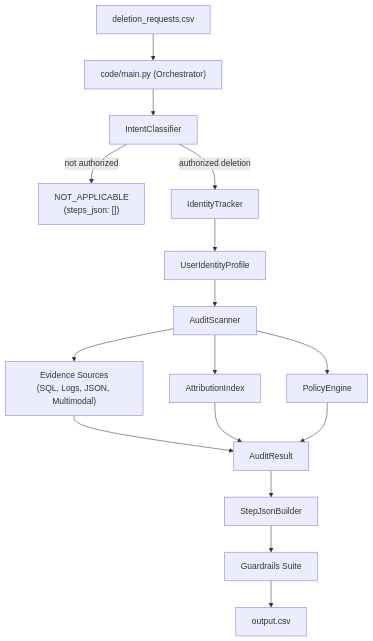
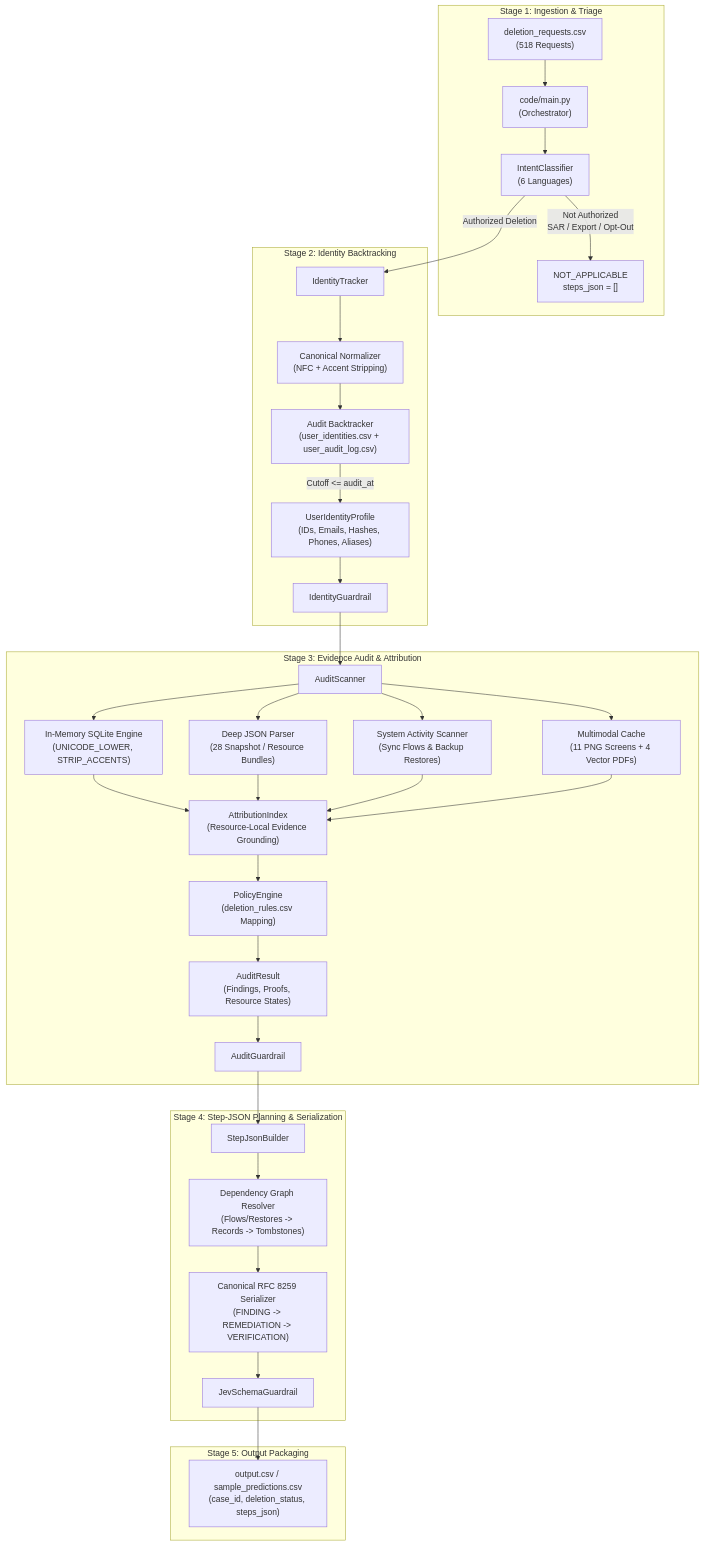
One commit to akshitgog/hackerrank-orchestrate changed the second of 2 diagrams in code/doc/architecture.md. Above: the diagram before and after it, drawn with Mermaid. The commit also changed 1 other file, not shown here.

Commit message:
docs: remove implementation plan section 2 from code/README.md and align architecture diagram with code/doc/architecture.md

````diff
--- a/code/doc/architecture.md
+++ b/code/doc/architecture.md
@@ -23,18 +23,42 @@
 ```mermaid
 flowchart TD
-    R["deletion_requests.csv"] --> M["code/main.py (Orchestrator)"]
-    M --> I["IntentClassifier"]
-    I -->|not authorized| NA["NOT_APPLICABLE<br/>(steps_json: [])"]
-    I -->|authorized deletion| T["IdentityTracker"]
-    T --> P["UserIdentityProfile"]
-    P --> S["AuditScanner"]
-    S --> E["Evidence Sources<br/>(SQL, Logs, JSON, Multimodal)"]
-    S --> A["AttributionIndex"]
-    S --> Q["PolicyEngine"]
-    E --> D["AuditResult"]
-    A --> D
-    Q --> D
-    D --> B["StepJsonBuilder"]
-    B --> G["Guardrails Suite"]
-    G --> O["output.csv"]
+    subgraph Ingestion["Stage 1: Ingestion & Triage"]
+        REQ["deletion_requests.csv<br/>(518 Requests)"] --> MAIN["code/main.py<br/>(Orchestrator)"]
+        MAIN --> CLF["IntentClassifier<br/>(6 Languages)"]
+        CLF -->|Not Authorized<br/>SAR / Export / Opt-Out| NA["NOT_APPLICABLE<br/>steps_json = []"]
+    end
+
+    subgraph Identity["Stage 2: Identity Backtracking"]
+        CLF -->|Authorized Deletion| TRK["IdentityTracker"]
+        TRK --> NORM["Canonical Normalizer<br/>(NFC + Accent Stripping)"]
+        NORM --> HIST["Audit Backtracker<br/>(user_identities.csv + user_audit_log.csv)"]
+        HIST -->|Cutoff <= audit_at| PROF["UserIdentityProfile<br/>(IDs, Emails, Hashes, Phones, Aliases)"]
+        PROF --> ID_G["IdentityGuardrail"]
+    end
+
+    subgraph Audit["Stage 3: Evidence Audit & Attribution"]
+        ID_G --> SCN["AuditScanner"]
+        SCN --> SQL_ENG["In-Memory SQLite Engine<br/>(UNICODE_LOWER, STRIP_ACCENTS)"]
+        SCN --> JSON_ENG["Deep JSON Parser<br/>(28 Snapshot / Resource Bundles)"]
+        SCN --> ACT_ENG["System Activity Scanner<br/>(Sync Flows & Backup Restores)"]
+        SCN --> VLM_ENG["Multimodal Cache<br/>(11 PNG Screens + 4 Vector PDFs)"]
+        SQL_ENG --> ATTR["AttributionIndex<br/>(Resource-Local Evidence Grounding)"]
+        JSON_ENG --> ATTR
+        ACT_ENG --> ATTR
+        VLM_ENG --> ATTR
+        ATTR --> POL["PolicyEngine<br/>(deletion_rules.csv Mapping)"]
+        POL --> AUD_RES["AuditResult<br/>(Findings, Proofs, Resource States)"]
+        AUD_RES --> AUD_G["AuditGuardrail"]
+    end
+
+    subgraph Planning["Stage 4: Step-JSON Planning & Serialization"]
+        AUD_G --> BLD["StepJsonBuilder"]
+        BLD --> GRAPH["Dependency Graph Resolver<br/>(Flows/Restores -> Records -> Tombstones)"]
+        GRAPH --> SER["Canonical RFC 8259 Serializer<br/>(FINDING -> REMEDIATION -> VERIFICATION)"]
+        SER --> JEV_G["JevSchemaGuardrail"]
+    end
+
+    subgraph Output["Stage 5: Output Packaging"]
+        JEV_G --> OUT["output.csv / sample_predictions.csv<br/>(case_id, deletion_status, steps_json)"]
+    end
 ```
````
